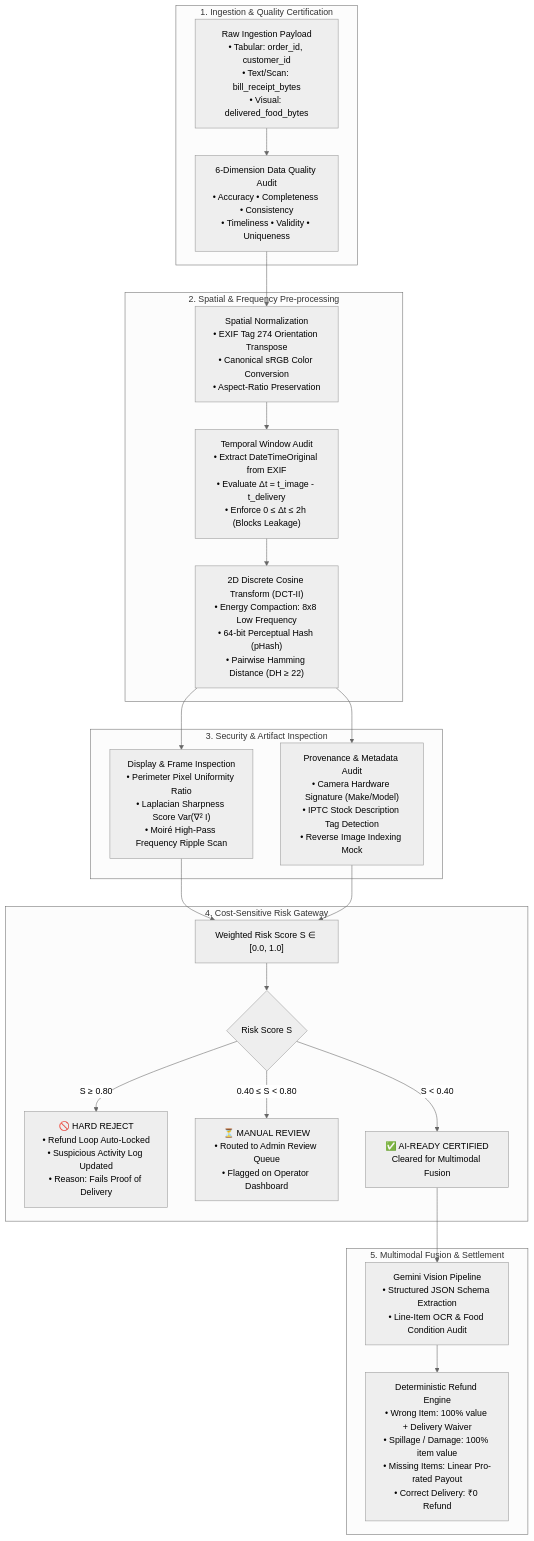
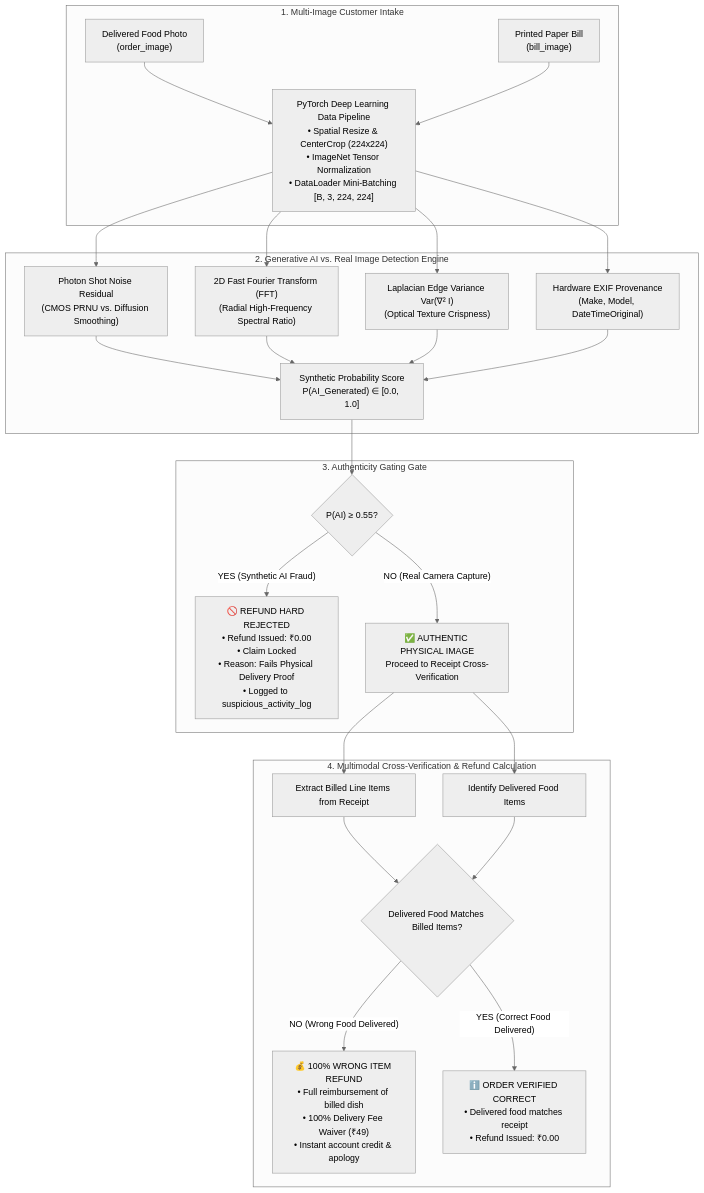
Before and after one commit to kushals-bits/Webinar-4: the diagram in README.md, drawn with Mermaid (neutral theme). The commit also changed other lines of this file and 16 other files, not shown here.

Commit message:
Restructure webinar around PyTorch pipeline, Generative AI detection, and wrong food refund engine

````diff
--- a/README.md
+++ b/README.md
@@ -10,32 +10,31 @@
 ```mermaid
 flowchart TD
-    subgraph Intake["1. Ingestion & Quality Certification"]
-        RAW["Raw Ingestion Payload\n• Tabular: order_id, customer_id\n• Text/Scan: bill_receipt_bytes\n• Visual: delivered_food_bytes"]
-        Q6["6-Dimension Data Quality Audit\n• Accuracy • Completeness • Consistency\n• Timeliness • Validity • Uniqueness"]
-        RAW --> Q6
+    subgraph Intake["1. Multi-Image Customer Intake"]
+        F_IMG["Delivered Food Photo\n(order_image)"]
+        B_IMG["Printed Paper Bill\n(bill_image)"]
+        F_IMG & B_IMG --> PYTORCH["PyTorch Deep Learning Data Pipeline\n• Spatial Resize & CenterCrop (224x224)\n• ImageNet Tensor Normalization\n• DataLoader Mini-Batching [B, 3, 224, 224]"]
     end
 
-    subgraph Preprocessing["2. Spatial & Frequency Pre-processing"]
-        Q6 --> ORIENT["Spatial Normalization\n• EXIF Tag 274 Orientation Transpose\n• Canonical sRGB Color Conversion\n• Aspect-Ratio Preservation"]
-        ORIENT --> TEMP["Temporal Window Audit\n• Extract DateTimeOriginal from EXIF\n• Evaluate Δt = t_image - t_delivery\n• Enforce 0 ≤ Δt ≤ 2h (Blocks Leakage)"]
-        TEMP --> DCT["2D Discrete Cosine Transform (DCT-II)\n• Energy Compaction: 8x8 Low Frequency\n• 64-bit Perceptual Hash (pHash)\n• Pairwise Hamming Distance (DH ≥ 22)"]
+    subgraph Forensic["2. Generative AI vs. Real Image Detection Engine"]
+        PYTORCH --> NOISE["Photon Shot Noise Residual\n(CMOS PRNU vs. Diffusion Smoothing)"]
+        PYTORCH --> FFT["2D Fast Fourier Transform (FFT)\n(Radial High-Frequency Spectral Ratio)"]
+        PYTORCH --> LAP["Laplacian Edge Variance Var(∇² I)\n(Optical Texture Crispness)"]
+        PYTORCH --> EXIF["Hardware EXIF Provenance\n(Make, Model, DateTimeOriginal)"]
+        
+        NOISE & FFT & LAP & EXIF --> PROB["Synthetic Probability Score\nP(AI_Generated) ∈ [0.0, 1.0]"]
     end
 
-    subgraph Forensics["3. Security & Artifact Inspection"]
-        DCT --> SCREEN["Display & Frame Inspection\n• Perimeter Pixel Uniformity Ratio\n• Laplacian Sharpness Score Var(∇² I)\n• Moiré High-Pass Frequency Ripple Scan"]
-        DCT --> PROV["Provenance & Metadata Audit\n• Camera Hardware Signature (Make/Model)\n• IPTC Stock Description Tag Detection\n• Reverse Image Indexing Mock"]
+    subgraph Gating["3. Authenticity Gating Gate"]
+        PROB --> GATE{"P(AI) ≥ 0.55?"}
+        GATE -->|"YES (Synthetic AI Fraud)"| REJECT["🚫 REFUND HARD REJECTED\n• Refund Issued: ₹0.00\n• Claim Locked\n• Reason: Fails Physical Delivery Proof\n• Logged to suspicious_activity_log"]
+        GATE -->|"NO (Real Camera Capture)"| VERIFIED["✅ AUTHENTIC PHYSICAL IMAGE\nProceed to Receipt Cross-Verification"]
     end
 
-    subgraph Governance["4. Cost-Sensitive Risk Gateway"]
-        SCREEN & PROV --> SCORE["Weighted Risk Score S ∈ [0.0, 1.0]"]
-        SCORE --> GATE{"Risk Score S"}
-        GATE -->|"S ≥ 0.80"| REJECT["🚫 HARD REJECT\n• Refund Loop Auto-Locked\n• Suspicious Activity Log Updated\n• Reason: Fails Proof of Delivery"]
-        GATE -->|"0.40 ≤ S < 0.80"| REVIEW["⏳ MANUAL REVIEW\n• Routed to Admin Review Queue\n• Flagged on Operator Dashboard"]
-        GATE -->|"S < 0.40"| CLEAR["✅ AI-READY CERTIFIED\nCleared for Multimodal Fusion"]
-    end
-
-    subgraph Settlement["5. Multimodal Fusion & Settlement"]
-        CLEAR --> VISION["Gemini Vision Pipeline\n• Structured JSON Schema Extraction\n• Line-Item OCR & Food Condition Audit"]
-        VISION --> ENGINE["Deterministic Refund Engine\n• Wrong Item: 100% value + Delivery Waiver\n• Spillage / Damage: 100% item value\n• Missing Items: Linear Pro-rated Payout\n• Correct Delivery: ₹0 Refund"]
+    subgraph Matching["4. Multimodal Cross-Verification & Refund Calculation"]
+        VERIFIED --> OCR["Extract Billed Line Items from Receipt"]
+        VERIFIED --> OBSERVE["Identify Delivered Food Items"]
+        OCR & OBSERVE --> MATCH{"Delivered Food Matches Billed Items?"}
+        MATCH -->|"NO (Wrong Food Delivered)"| REFUND_FULL["💰 100% WRONG ITEM REFUND\n• Full reimbursement of billed dish\n• 100% Delivery Fee Waiver (₹49)\n• Instant account credit & apology"]
+        MATCH -->|"YES (Correct Food Delivered)"| REFUND_ZERO["ℹ️ ORDER VERIFIED CORRECT\n• Delivered food matches receipt\n• Refund Issued: ₹0.00"]
     end
 ```
````
